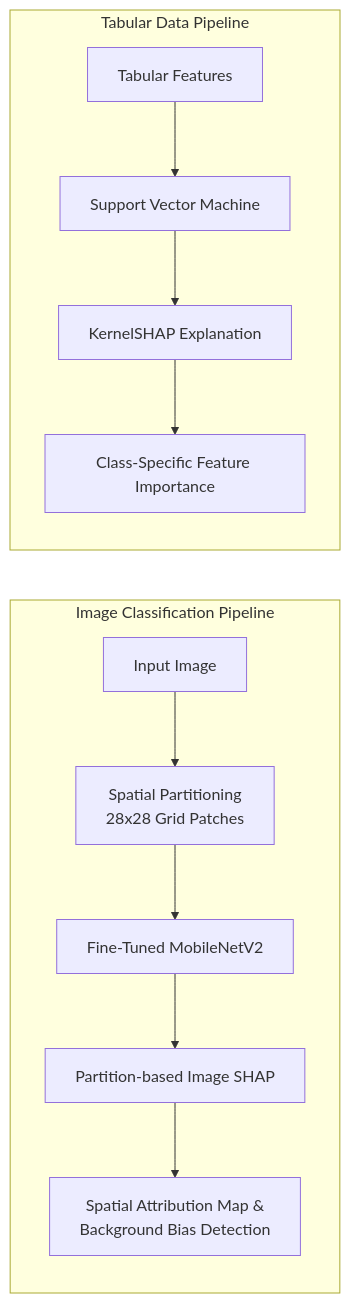
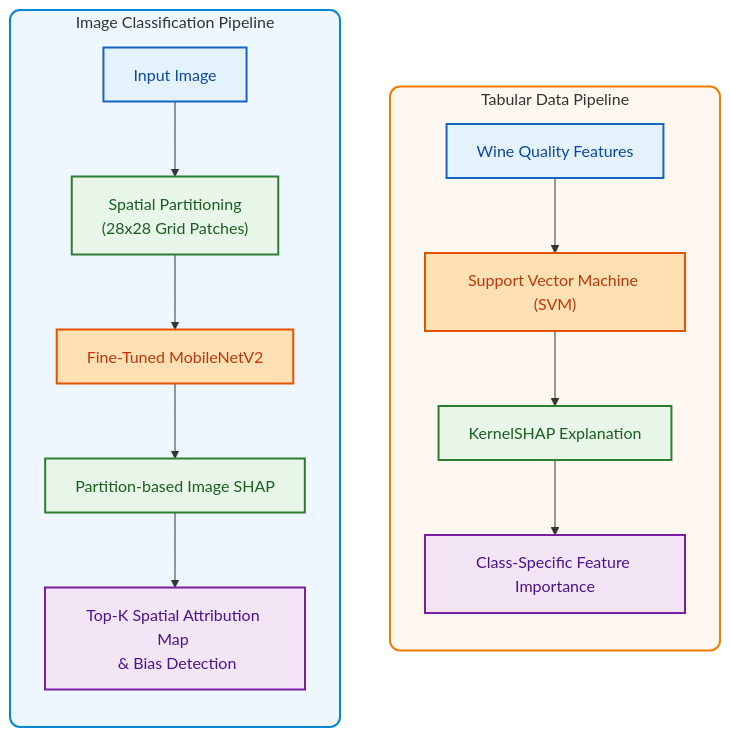
Before and after one commit to Elif-ozge/XAI-Sota-Shapley-Analysis-on-Tabular-data-and-Binary-Image-Classification: the diagram in README.md, drawn with Mermaid.

Commit message:
Refactor system architecture diagrams in README

````diff
--- a/README.md
+++ b/README.md
@@ -30,15 +30,33 @@
 ```mermaid
 flowchart LR
-    subgraph Image_Modality ["Image Classification Pipeline"]
-        A[Input Image] --> B[Spatial Partitioning <br/> 28x28 Grid Patches]
-        B --> C[Fine-Tuned MobileNetV2]
-        C --> D[Partition-based Image SHAP]
-        D --> E[Spatial Attribution Map & <br/> Background Bias Detection]
+    subgraph Vision ["Image Classification Pipeline"]
+        direction TB
+        A["Input Image"] --> B["Spatial Partitioning <br/> (28x28 Grid Patches)"]
+        B --> C["Fine-Tuned MobileNetV2"]
+        C --> D["Partition-based Image SHAP"]
+        D --> E["Top-K Spatial Attribution Map <br/> & Bias Detection"]
     end
 
-    subgraph Tabular_Modality ["Tabular Data Pipeline"]
-        F[Tabular Features] --> G[Support Vector Machine]
-        G --> H[KernelSHAP Explanation]
-        H --> I[Class-Specific Feature Importance]
+    subgraph Tabular ["Tabular Data Pipeline"]
+        direction TB
+        F["Wine Quality Features"] --> G["Support Vector Machine (SVM)"]
+        G --> H["KernelSHAP Explanation"]
+        H --> I["Class-Specific Feature Importance"]
     end
+
+    Vision ~~~ Tabular
+
+    style Vision fill:#eef7ff,stroke:#0288d1,stroke-width:2px,rx:10px
+    style Tabular fill:#fff8f0,stroke:#f57c00,stroke-width:2px,rx:10px
+
+    classDef inputStyle fill:#e3f2fd,stroke:#1565c0,stroke-width:2px,color:#0d47a1
+    classDef modelStyle fill:#ffe0b2,stroke:#e65100,stroke-width:2px,color:#bf360c
+    classDef shapStyle fill:#e8f5e9,stroke:#2e7d32,stroke-width:2px,color:#1b5e20
+    classDef outputStyle fill:#f3e5f5,stroke:#7b1fa2,stroke-width:2px,color:#4a148c
+
+    class A,F inputStyle
+    class C,G modelStyle
+    class B,D,H shapStyle
+    class E,I outputStyle
+
 ```
````
